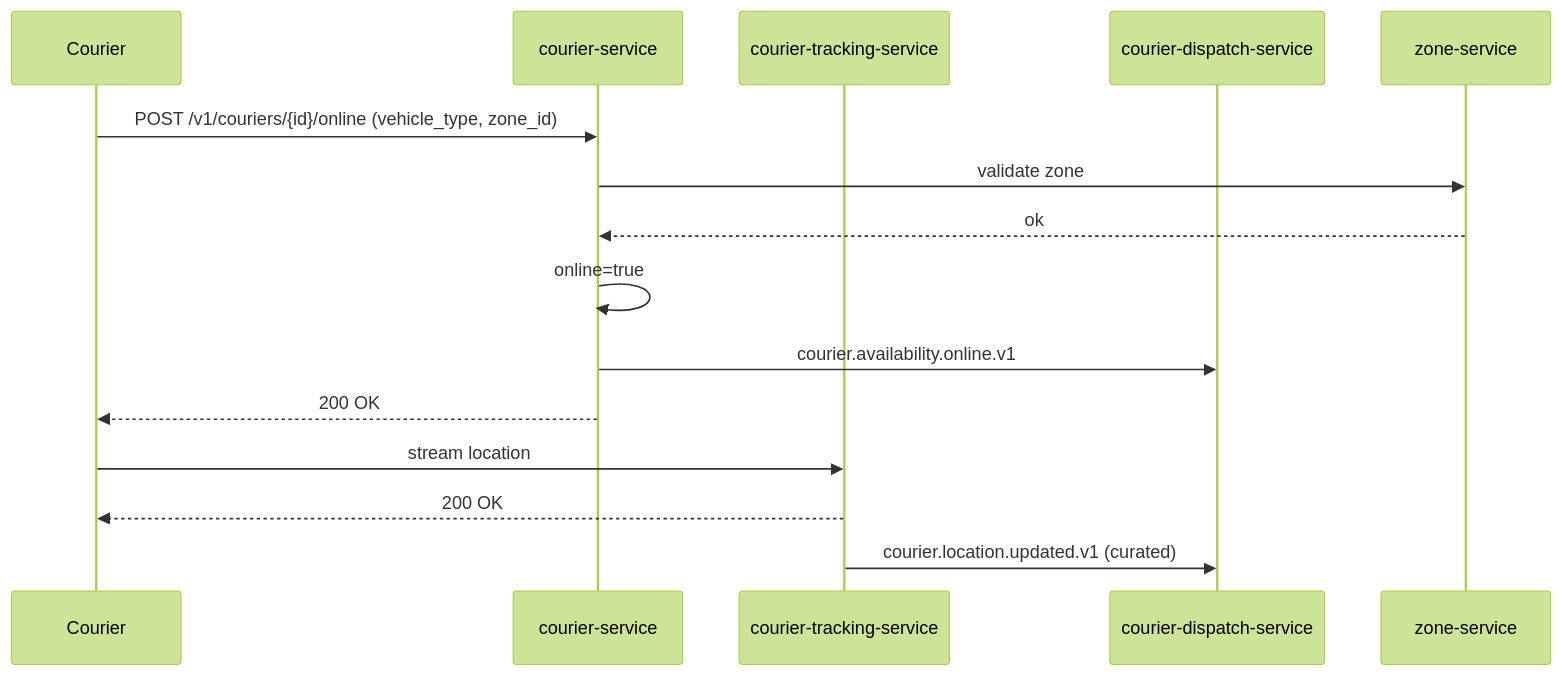
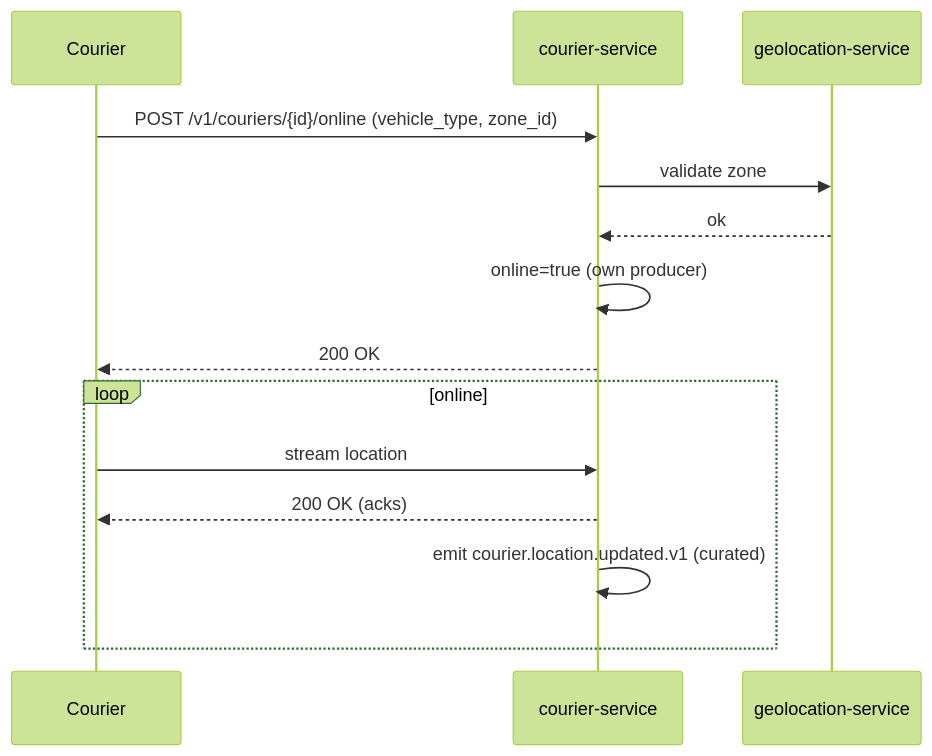
Before and after one commit to mohamedhabibwork/trips-enjoy-docs: the second of 7 diagrams in docs/workflows/COURIER_WORKFLOWS.md, drawn with Mermaid (forest theme). The commit also changed other lines of this file and 525 other files, not shown here.

````diff
--- a/docs/workflows/COURIER_WORKFLOWS.md
+++ b/docs/workflows/COURIER_WORKFLOWS.md
@@ -61,18 +32,17 @@
 ```mermaid
 sequenceDiagram
     participant CR as Courier
     participant COS as courier-service
-    participant CTR as courier-tracking-service
-    participant CDP as courier-dispatch-service
-    participant ZN as zone-service
+    participant GEO as geolocation-service
 
     CR->>COS: POST /v1/couriers/{id}/online (vehicle_type, zone_id)
-    COS->>ZN: validate zone
-    ZN-->>COS: ok
-    COS->>COS: online=true
-    COS->>CDP: courier.availability.online.v1
+    COS->>GEO: validate zone
+    GEO-->>COS: ok
+    COS->>COS: online=true (own producer)
     COS-->>CR: 200 OK
-    CR->>CTR: stream location
-    CTR-->>CR: 200 OK
-    CTR->>CDP: courier.location.updated.v1 (curated)
+    loop online
+        CR->>COS: stream location
+        COS-->>CR: 200 OK (acks)
+        COS->>COS: emit courier.location.updated.v1 (curated)
+    end
 ```
````
